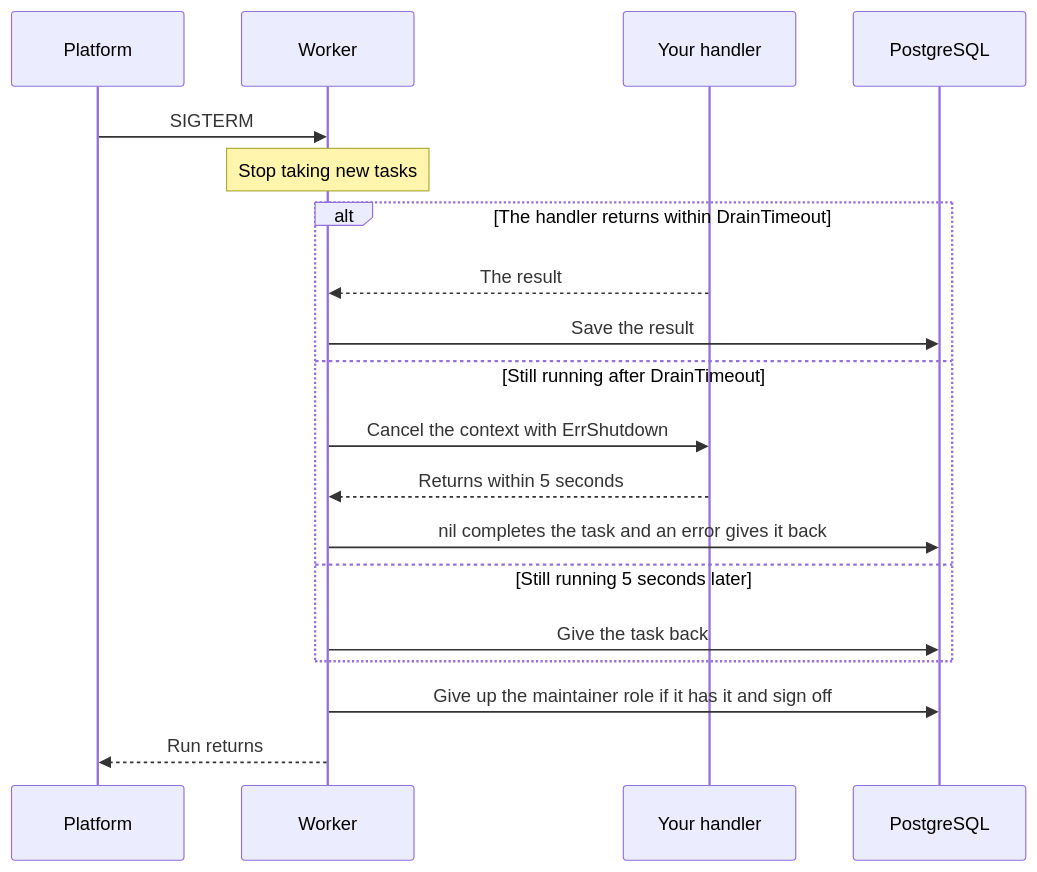
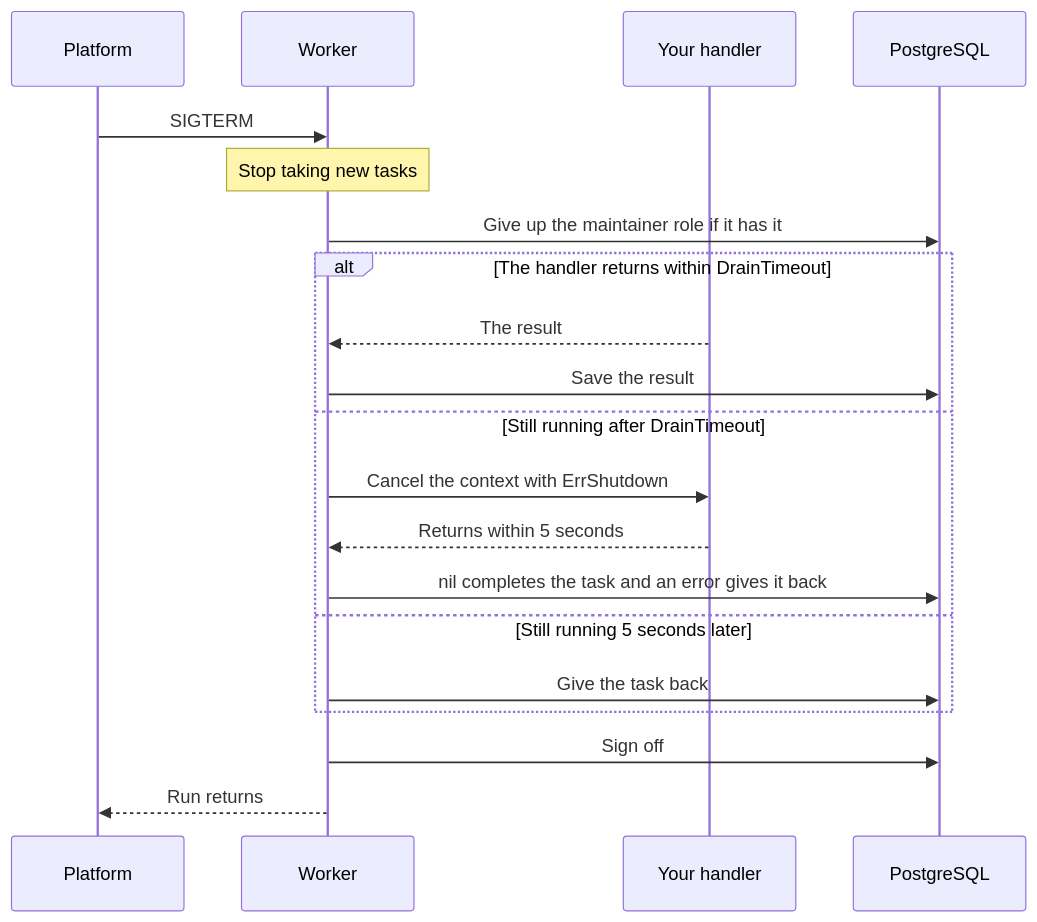
Before and after one commit to code19m/taskmill: the diagram in docs/guides/workers-and-queues.md, drawn with Mermaid. The commit also changed other lines of this file and 4 other files, not shown here.

````diff
--- a/docs/guides/workers-and-queues.md
+++ b/docs/guides/workers-and-queues.md
@@ -129,21 +129,22 @@
 ```mermaid
 sequenceDiagram
     participant P as Platform
     participant W as Worker
     participant H as Your handler
     participant DB as PostgreSQL
     P->>W: SIGTERM
     Note over W: Stop taking new tasks
+    W->>DB: Give up the maintainer role if it has it
     alt The handler returns within DrainTimeout
         H-->>W: The result
         W->>DB: Save the result
     else Still running after DrainTimeout
         W->>H: Cancel the context with ErrShutdown
         H-->>W: Returns within 5 seconds
         W->>DB: nil completes the task and an error gives it back
     else Still running 5 seconds later
         W->>DB: Give the task back
     end
-    W->>DB: Give up the maintainer role if it has it and sign off
+    W->>DB: Sign off
     W-->>P: Run returns
 ```
````
